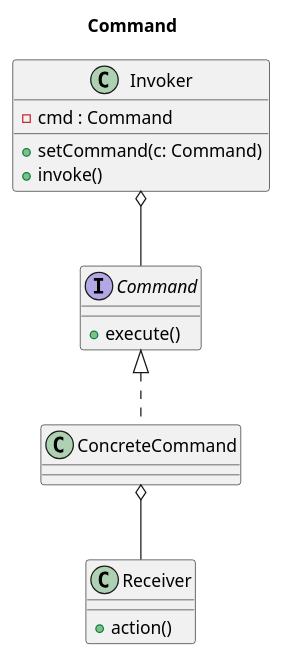
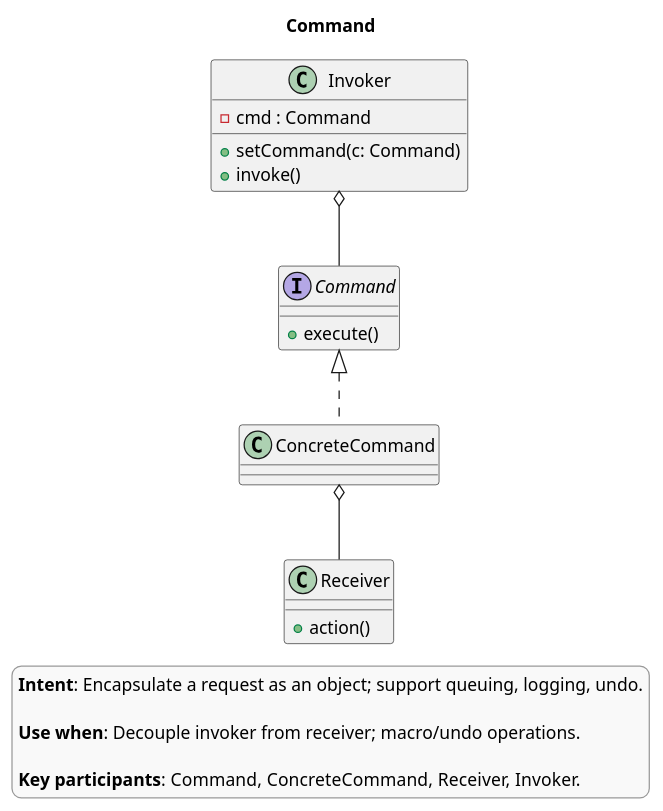
Before and after one commit to AkselErenberk/design-patterns: the diagram in theory/behavioral/command/class.puml, drawn with PlantUML. The commit also changed 26 other files, not shown here.

Commit message:
design pattern class diagrams

```diff
--- a/theory/behavioral/command/class.puml
+++ b/theory/behavioral/command/class.puml
@@ -1,22 +1,33 @@
 @startuml
 title Command
+
+skinparam legendBackgroundColor #f9f9f9
+skinparam legendBorderColor #999999
+
+legend right
+**Intent**: Encapsulate a request as an object; support queuing, logging, undo.
+
+**Use when**: Decouple invoker from receiver; macro/undo operations.
+
+**Key participants**: Command, ConcreteCommand, Receiver, Invoker.
+endlegend
 
 interface Command {
   +execute()
 }
 
 class ConcreteCommand
 class Receiver {
   +action()
 }
 
 class Invoker {
   -cmd : Command
   +setCommand(c: Command)
   +invoke()
 }
 
 Command <|.. ConcreteCommand
 ConcreteCommand o-- Receiver
 Invoker o-- Command
 @enduml
```
